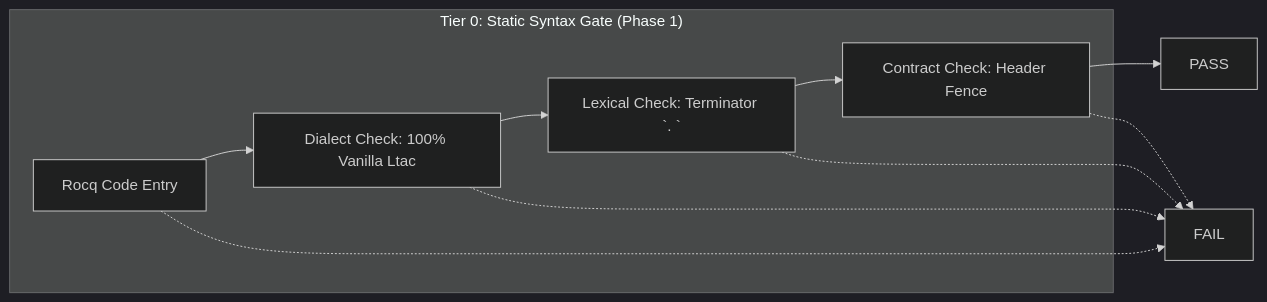
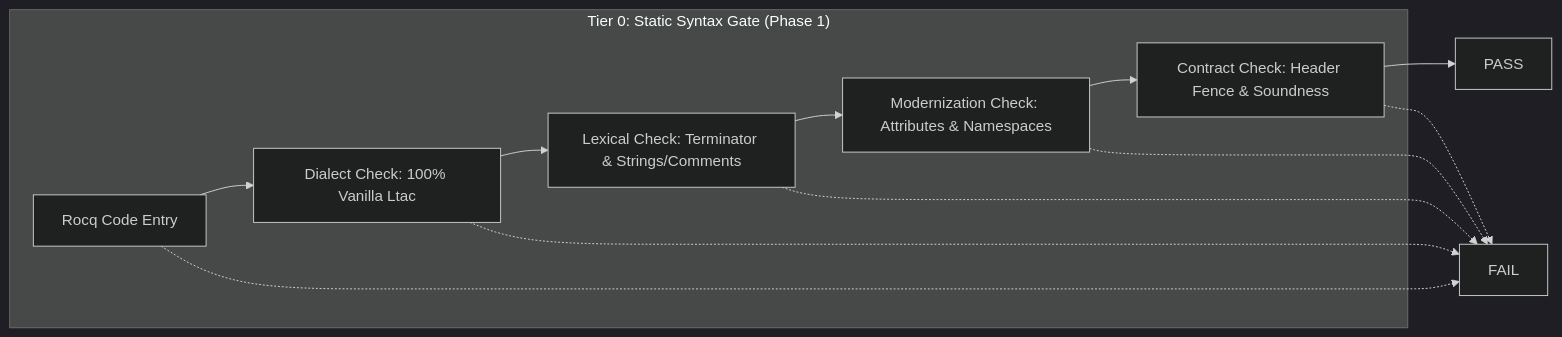
The first of 2 diagrams in skills/rocq-ltac-syntax/SKILL.md (MI-1222/rocq-ltac-skills), drawn with Mermaid (dark theme) before and after one commit. The commit also changed other lines of this file, not shown here.

````diff
--- a/skills/rocq-ltac-syntax/SKILL.md
+++ b/skills/rocq-ltac-syntax/SKILL.md
@@ -40,14 +42,16 @@
 ```mermaid
 graph LR
   subgraph "Tier 0: Static Syntax Gate (Phase 1)"
     A[Rocq Code Entry] --> B[Dialect Check: 100% Vanilla Ltac]
-    B --> C[Lexical Check: Terminator `. `]
-    C --> D[Contract Check: Header Fence]
+    B --> C[Lexical Check: Terminator & Strings/Comments]
+    C --> D[Modernization Check: Attributes & Namespaces]
+    D --> E[Contract Check: Header Fence & Soundness]
   end
-  D --> E[PASS]
+  E --> F[PASS]
 
-  A -.-> F[FAIL]
-  B -.-> F
-  C -.-> F
-  D -.-> F
+  A -.-> X[FAIL]
+  B -.-> X
+  C -.-> X
+  D -.-> X
+  E -.-> X
 ```
````
